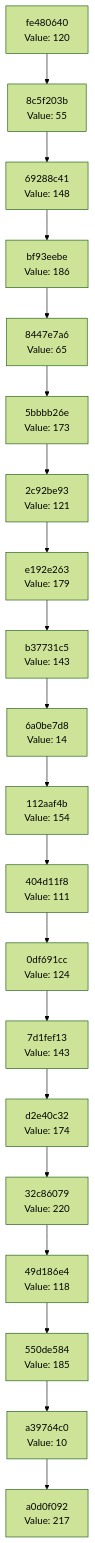
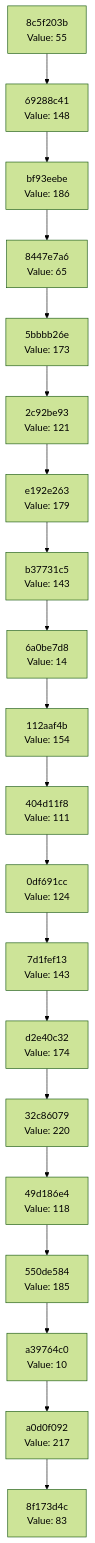
Before and after one commit to Abhisheksinha1506/hash-chain-evolver: the diagram in docs/CHAIN_VISUALIZATION.md, drawn with Mermaid (forest theme). The commit also changed 2 other files, not shown here.

Commit message:
Evolution Step

````diff
--- a/docs/CHAIN_VISUALIZATION.md
+++ b/docs/CHAIN_VISUALIZATION.md
@@ -3,42 +3,42 @@
 ```mermaid
 graph TD
-    C0["a0d0f092<br/>Value: 217"]
-    C1["a39764c0<br/>Value: 10"]
+    C0["8f173d4c<br/>Value: 83"]
+    C1["a0d0f092<br/>Value: 217"]
     C1 --> C0
-    C2["550de584<br/>Value: 185"]
+    C2["a39764c0<br/>Value: 10"]
     C2 --> C1
-    C3["49d186e4<br/>Value: 118"]
+    C3["550de584<br/>Value: 185"]
     C3 --> C2
-    C4["32c86079<br/>Value: 220"]
+    C4["49d186e4<br/>Value: 118"]
     C4 --> C3
-    C5["d2e40c32<br/>Value: 174"]
+    C5["32c86079<br/>Value: 220"]
     C5 --> C4
-    C6["7d1fef13<br/>Value: 143"]
+    C6["d2e40c32<br/>Value: 174"]
     C6 --> C5
-    C7["0df691cc<br/>Value: 124"]
+    C7["7d1fef13<br/>Value: 143"]
     C7 --> C6
-    C8["404d11f8<br/>Value: 111"]
+    C8["0df691cc<br/>Value: 124"]
     C8 --> C7
-    C9["112aaf4b<br/>Value: 154"]
+    C9["404d11f8<br/>Value: 111"]
     C9 --> C8
-    C10["6a0be7d8<br/>Value: 14"]
+    C10["112aaf4b<br/>Value: 154"]
     C10 --> C9
-    C11["b37731c5<br/>Value: 143"]
+    C11["6a0be7d8<br/>Value: 14"]
     C11 --> C10
-    C12["e192e263<br/>Value: 179"]
+    C12["b37731c5<br/>Value: 143"]
     C12 --> C11
-    C13["2c92be93<br/>Value: 121"]
+    C13["e192e263<br/>Value: 179"]
     C13 --> C12
-    C14["5bbbb26e<br/>Value: 173"]
+    C14["2c92be93<br/>Value: 121"]
     C14 --> C13
-    C15["8447e7a6<br/>Value: 65"]
+    C15["5bbbb26e<br/>Value: 173"]
     C15 --> C14
-    C16["bf93eebe<br/>Value: 186"]
+    C16["8447e7a6<br/>Value: 65"]
     C16 --> C15
-    C17["69288c41<br/>Value: 148"]
+    C17["bf93eebe<br/>Value: 186"]
     C17 --> C16
-    C18["8c5f203b<br/>Value: 55"]
+    C18["69288c41<br/>Value: 148"]
     C18 --> C17
-    C19["fe480640<br/>Value: 120"]
+    C19["8c5f203b<br/>Value: 55"]
     C19 --> C18
 ```
````
